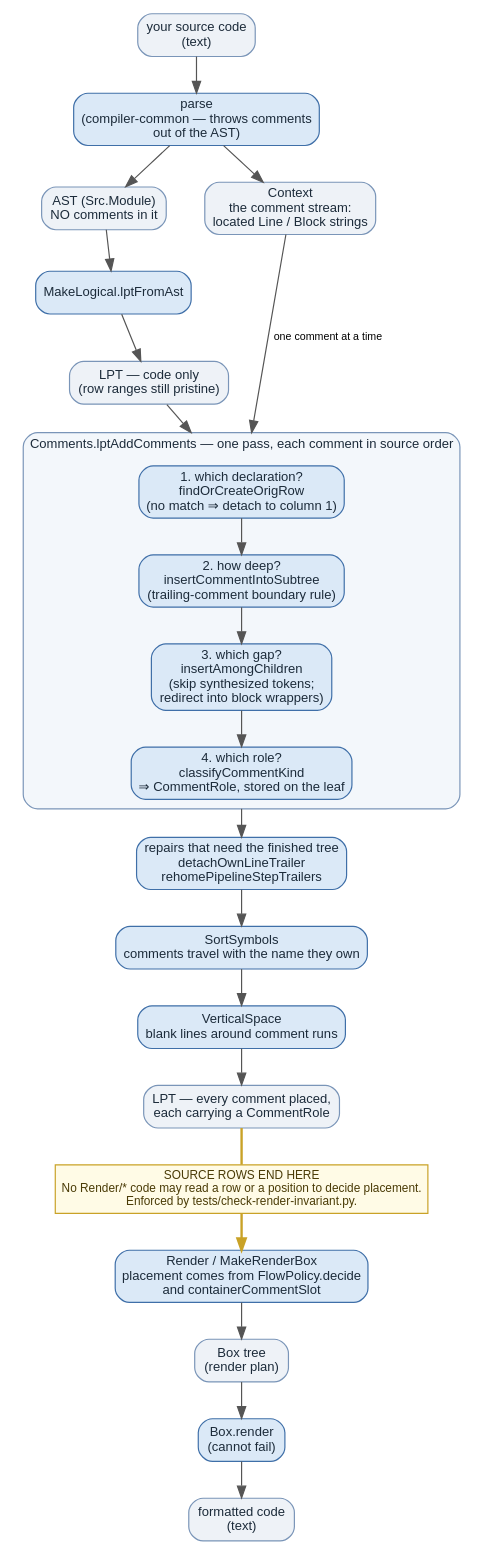
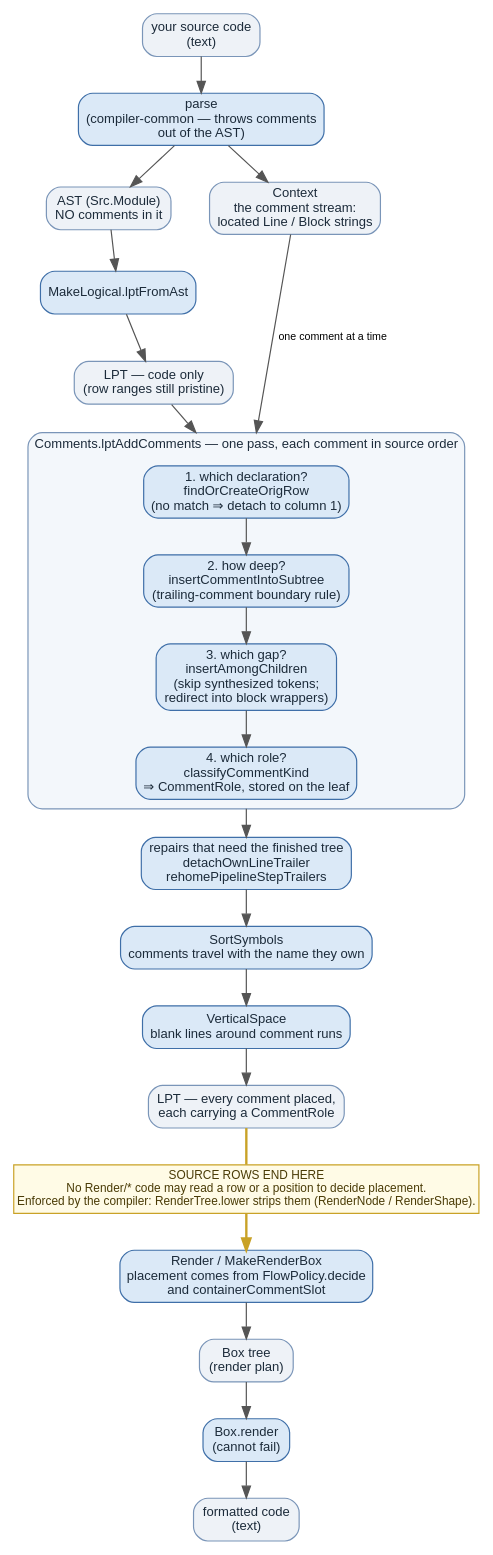
The diagram in docs/diagrams/comment-pipeline.dot (gilramir/gren-format-lib), drawn with Graphviz before and after one commit. The commit also changed 20 other files, not shown here.

```diff
--- a/docs/diagrams/comment-pipeline.dot
+++ b/docs/diagrams/comment-pipeline.dot
@@ -1,71 +1,71 @@
 digraph CommentPipeline {
     rankdir=TB;
     bgcolor="white";
     fontname="Helvetica,Arial,sans-serif";
     fontsize=12;
     ranksep=0.40;
     nodesep=0.45;
     compound=true;
 
     node [fontname="Helvetica,Arial,sans-serif", fontsize=11];
     edge [fontname="Helvetica,Arial,sans-serif", fontsize=9, color="#555555"];
 
     // ── Data nodes ───────────────────────────────────────────────
     node [shape=box, style="rounded,filled", fillcolor="#eef2f7", color="#7a95b8", fontcolor="#1c2b3a"];
     source    [label="your source code\n(text)"];
     ast       [label="AST (Src.Module)\nNO comments in it"];
     ctx       [label="Context\nthe comment stream:\nlocated Line / Block strings"];
     lptCode   [label="LPT — code only\n(row ranges still pristine)"];
     lptRoles  [label="LPT — every comment placed,\neach carrying a CommentRole"];
     boxTree   [label="Box tree\n(render plan)"];
     formatted [label="formatted code\n(text)"];
 
     // ── Process nodes ────────────────────────────────────────────
     node [shape=box, style="rounded,filled", fillcolor="#dbe9f7", color="#3f6fa8", fontcolor="#1c2b3a"];
     parse    [label="parse\n(compiler-common — throws comments\nout of the AST)"];
     mkLogical[label="MakeLogical.lptFromAst"];
     repairs  [label="repairs that need the finished tree\ndetachOwnLineTrailer\nrehomePipelineStepTrailers"];
     sortSyms [label="SortSymbols\ncomments travel with the name they own"];
     vspace   [label="VerticalSpace\nblank lines around comment runs"];
     render   [label="Render / MakeRenderBox\nplacement comes from FlowPolicy.decide\nand containerCommentSlot"];
     toText   [label="Box.render\n(cannot fail)"];
 
     // ── The per-comment fold ─────────────────────────────────────
     subgraph cluster_attach {
         label="Comments.lptAddComments — one pass, each comment in source order";
         labeljust="l";
         fontsize=11;
         fontcolor="#1c2b3a";
         style="rounded,filled";
         fillcolor="#f3f7fb";
         color="#7a95b8";
 
         node [shape=box, style="rounded,filled", fillcolor="#dbe9f7", color="#3f6fa8", fontcolor="#1c2b3a"];
         p1 [label="1. which declaration?\nfindOrCreateOrigRow\n(no match ⇒ detach to column 1)"];
         p2 [label="2. how deep?\ninsertCommentIntoSubtree\n(trailing-comment boundary rule)"];
         p3 [label="3. which gap?\ninsertAmongChildren\n(skip synthesized tokens;\nredirect into block wrappers)"];
         p4 [label="4. which role?\nclassifyCommentKind\n⇒ CommentRole, stored on the leaf"];
 
         p1 -> p2 -> p3 -> p4;
     }
 
     // ── The barrier ──────────────────────────────────────────────
     node [shape=box, style="filled", fillcolor="#fffbe6", color="#c9a227", fontcolor="#4a3b06", fontsize=10];
-    barrier [label="SOURCE ROWS END HERE\nNo Render/* code may read a row or a position to decide placement.\nEnforced by tests/check-render-invariant.py."];
+    barrier [label="SOURCE ROWS END HERE\nNo Render/* code may read a row or a position to decide placement.\nEnforced by the compiler: RenderTree.lower strips them (RenderNode / RenderShape)."];
 
     // ── Flow ─────────────────────────────────────────────────────
     source -> parse;
     parse  -> ast;
     parse  -> ctx;
     ast    -> mkLogical;
     mkLogical -> lptCode;
     lptCode -> p1  [lhead=cluster_attach];
     ctx     -> p1  [lhead=cluster_attach, label="  one comment at a time"];
     p4      -> repairs [ltail=cluster_attach];
     repairs -> sortSyms -> vspace -> lptRoles;
     lptRoles -> barrier [arrowhead=none, style=bold, color="#c9a227"];
     barrier  -> render  [style=bold, color="#c9a227"];
     render   -> boxTree -> toText -> formatted;
 
     { rank=same; ast; ctx }
 }
```
